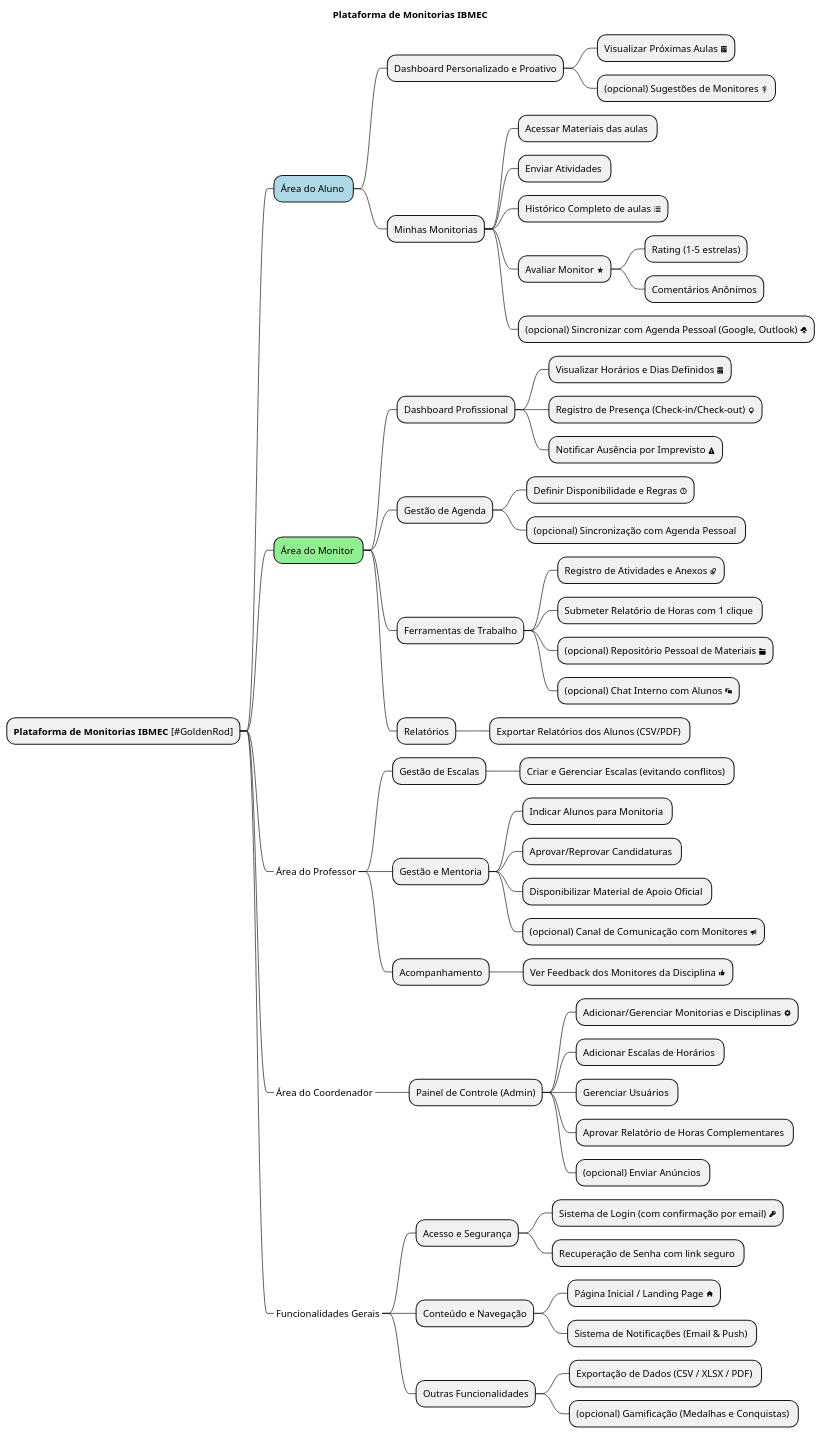
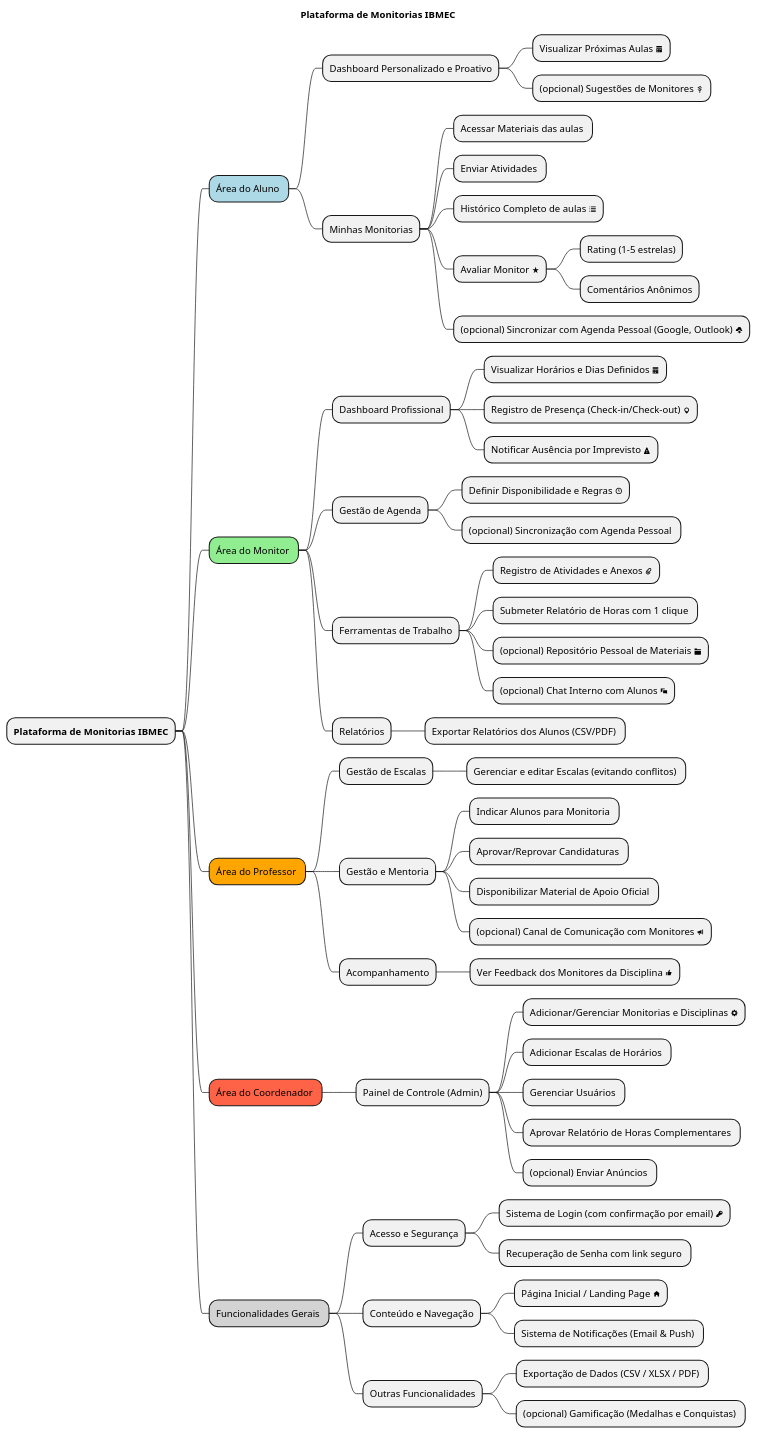
One commit to Projetos-de-Extensao/PBE_25.2_8001_IV changed the diagram in docs/Iniciacao/mapa_mental.puml. Above: the diagram before and after it, drawn with PlantUML.

```diff
--- a/docs/Iniciacao/mapa_mental.puml
+++ b/docs/Iniciacao/mapa_mental.puml
@@ -1,90 +1,90 @@
 @startmindmap SistemaDeMonitoriasIBMEC
 ' Mapa Mental da Visão de Produto Idealizada
 ' Sistema de Gestão de Monitorias IBMEC
 ' Versão Final
 title Plataforma de Monitorias IBMEC
 
 <style>
 mindmapDiagram {
   .green {
     BackgroundColor lightgreen
   }
   .blue {
     BackgroundColor lightblue
   }
   .orange {
     BackgroundColor orange
   }
   .red {
     BackgroundColor tomato
   }
   .grey {
     BackgroundColor lightgrey
   }
 }
 </style>
 
-* **Plataforma de Monitorias IBMEC** [#GoldenRod]
+* **Plataforma de Monitorias IBMEC**
 
 ' Lado Direito do Mapa
 ** Área do Aluno <<blue>>
 *** Dashboard Personalizado e Proativo
 **** Visualizar Próximas Aulas <&calendar>
 **** (opcional) Sugestões de Monitores <&lightbulb>
 *** Minhas Monitorias
 **** Acessar Materiais das aulas <&download>
 **** Enviar Atividades <&upload>
 **** Histórico Completo de aulas <&list>
 **** Avaliar Monitor <&star>
 ***** Rating (1-5 estrelas)
 ***** Comentários Anônimos
 **** (opcional) Sincronizar com Agenda Pessoal (Google, Outlook) <&cloud-upload>
 
 ** Área do Monitor <<green>>
 *** Dashboard Profissional
 **** Visualizar Horários e Dias Definidos <&calendar>
 **** Registro de Presença (Check-in/Check-out) <&map-marker>
 **** Notificar Ausência por Imprevisto <&warning>
 *** Gestão de Agenda
 **** Definir Disponibilidade e Regras <&clock>
 **** (opcional) Sincronização com Agenda Pessoal <&sync>
 *** Ferramentas de Trabalho
 **** Registro de Atividades e Anexos <&paperclip>
 **** Submeter Relatório de Horas com 1 clique <&send>
 **** (opcional) Repositório Pessoal de Materiais <&folder>
 **** (opcional) Chat Interno com Alunos <&chat>
 *** Relatórios
 **** Exportar Relatórios dos Alunos (CSV/PDF) <&file-pdf>
 
 ' Lado Esquerdo do Mapa
-**_ Área do Professor <<orange>>
+** Área do Professor <<orange>>
 *** Gestão de Escalas
-**** Criar e Gerenciar Escalas (evitando conflitos) <&calendar-alt>
+**** Gerenciar e editar Escalas (evitando conflitos) <&calendar-alt>
 *** Gestão e Mentoria
 **** Indicar Alunos para Monitoria <&user-plus>
 **** Aprovar/Reprovar Candidaturas <&check-square>
 **** Disponibilizar Material de Apoio Oficial <&file-plus>
 **** (opcional) Canal de Comunicação com Monitores <&bullhorn>
 *** Acompanhamento
 **** Ver Feedback dos Monitores da Disciplina <&thumb-up>
 
-**_ Área do Coordenador <<red>>
+** Área do Coordenador <<red>>
 *** Painel de Controle (Admin)
 **** Adicionar/Gerenciar Monitorias e Disciplinas <&cog>
 **** Adicionar Escalas de Horários <&calendar-plus>
 **** Gerenciar Usuários <&users-cog>
 **** Aprovar Relatório de Horas Complementares <&money-bill-wave>
 **** (opcional) Enviar Anúncios <&broadcast-tower>
 
-**_ Funcionalidades Gerais <<grey>>
+** Funcionalidades Gerais <<grey>>
 *** Acesso e Segurança
 **** Sistema de Login (com confirmação por email) <&key>
 **** Recuperação de Senha com link seguro <&lock>
 *** Conteúdo e Navegação
 **** Página Inicial / Landing Page <&home>
 **** Sistema de Notificações (Email & Push) <&envelope>
 *** Outras Funcionalidades
 **** Exportação de Dados (CSV / XLSX / PDF) <&file-export>
 **** (opcional) Gamificação (Medalhas e Conquistas) <&trophy>
 
 @endmindmap
```
